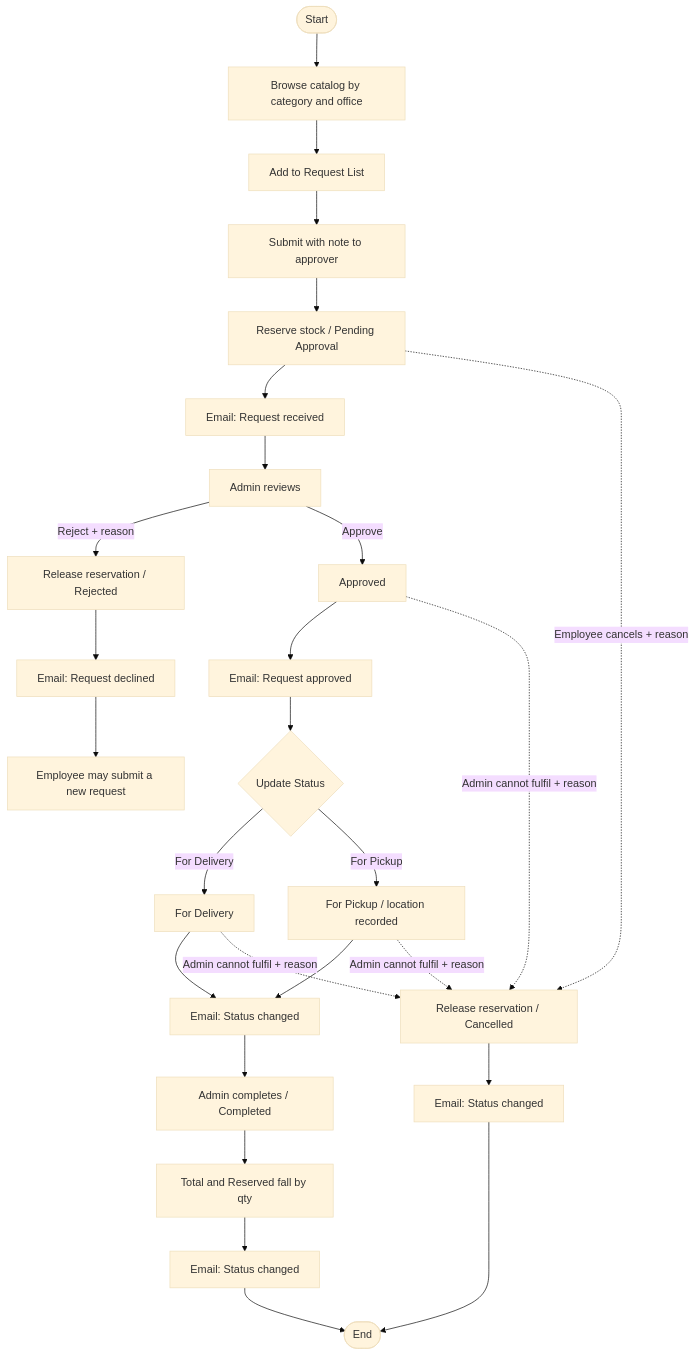
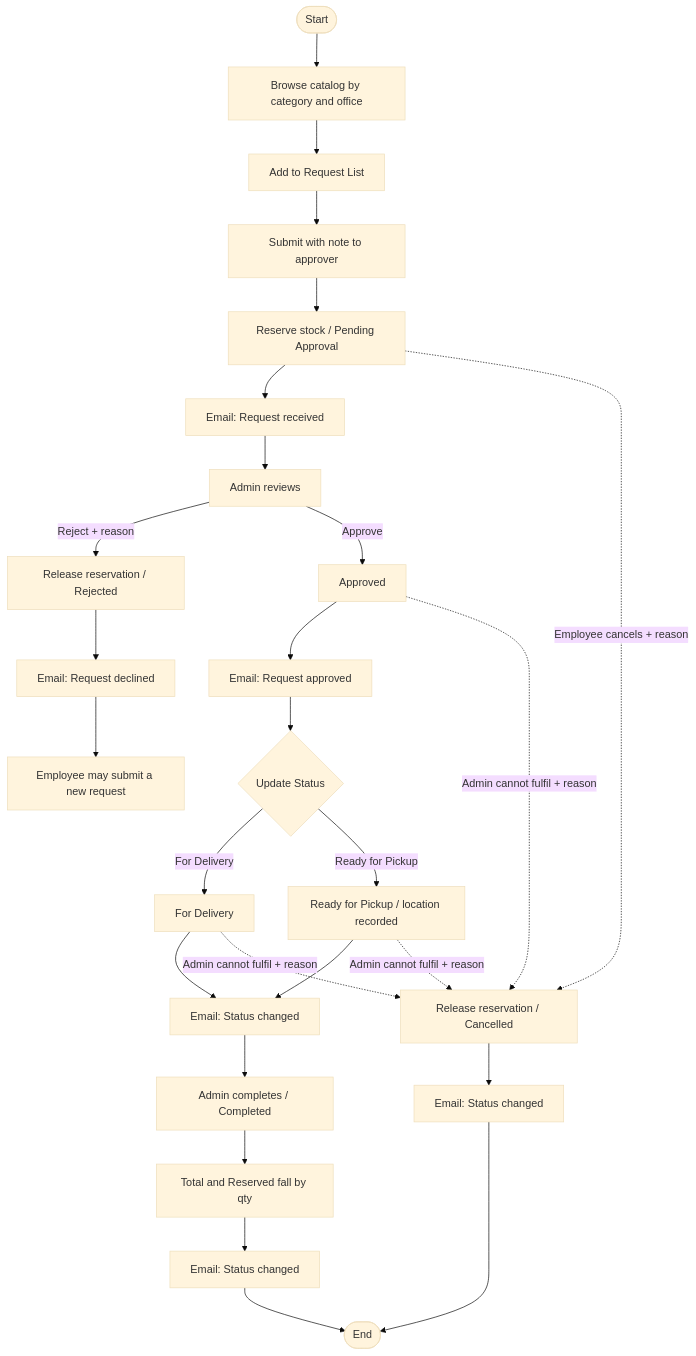
One commit to CoDev-Bench-Team/CoDev-OSRS changed the diagram in docs/process-flow.md. Above: the diagram before and after it, drawn with Mermaid (base theme). The commit also changed other lines of this file and 28 other files, not shown here.

````diff
--- a/docs/process-flow.md
+++ b/docs/process-flow.md
@@ -235,30 +235,30 @@
 ```mermaid
 flowchart TD
   start([Start]) --> browse[Browse catalog by category and office]
   browse --> list[Add to Request List]
   list --> submit[Submit with note to approver]
   submit --> reserve[Reserve stock / Pending Approval]
   reserve --> mail1[Email: Request received]
   mail1 --> review[Admin reviews]
   review -->|Reject + reason| rel1[Release reservation / Rejected]
   rel1 --> mailR[Email: Request declined]
   mailR --> newReq[Employee may submit a new request]
   review -->|Approve| approve[Approved]
   approve --> mailA[Email: Request approved]
   mailA --> handover{Update Status}
   handover -->|For Delivery| fd[For Delivery]
-  handover -->|For Pickup| fp[For Pickup / location recorded]
+  handover -->|Ready for Pickup| fp[Ready for Pickup / location recorded]
   fd --> mailS1[Email: Status changed]
   fp --> mailS1
   mailS1 --> complete[Admin completes / Completed]
   complete --> consume[Total and Reserved fall by qty]
   consume --> mailC[Email: Status changed]
   mailC --> endNode([End])
 
   reserve -.->|Employee cancels + reason| canc[Release reservation / Cancelled]
   approve -.->|Admin cannot fulfil + reason| canc
   fd -.->|Admin cannot fulfil + reason| canc
   fp -.->|Admin cannot fulfil + reason| canc
   canc --> mailX[Email: Status changed]
   mailX --> endNode
 ```
````
